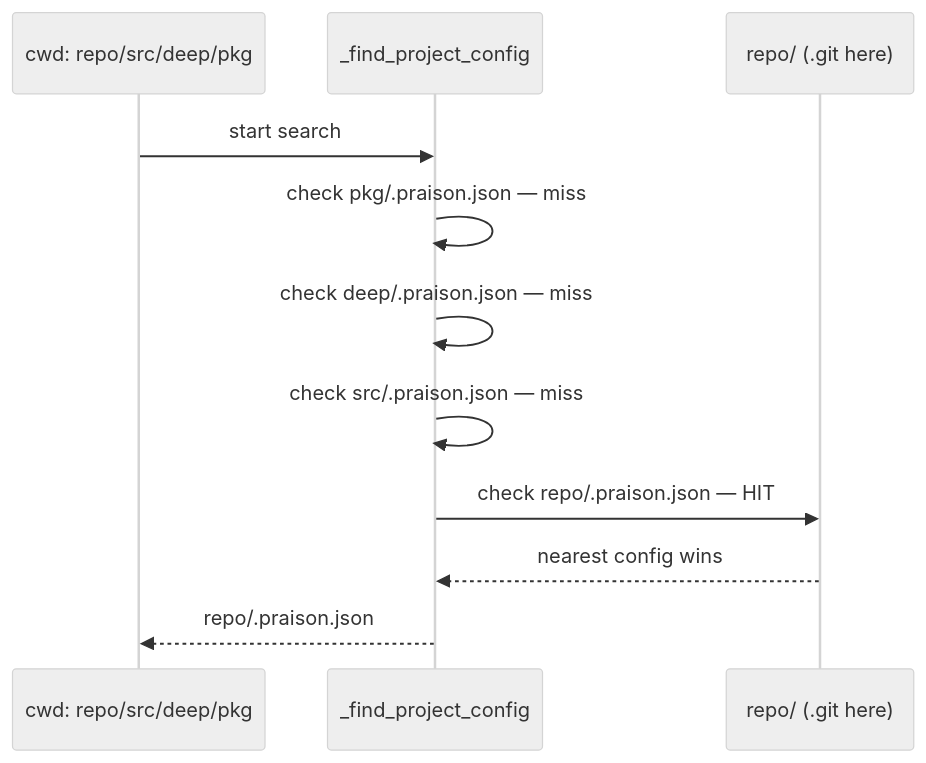
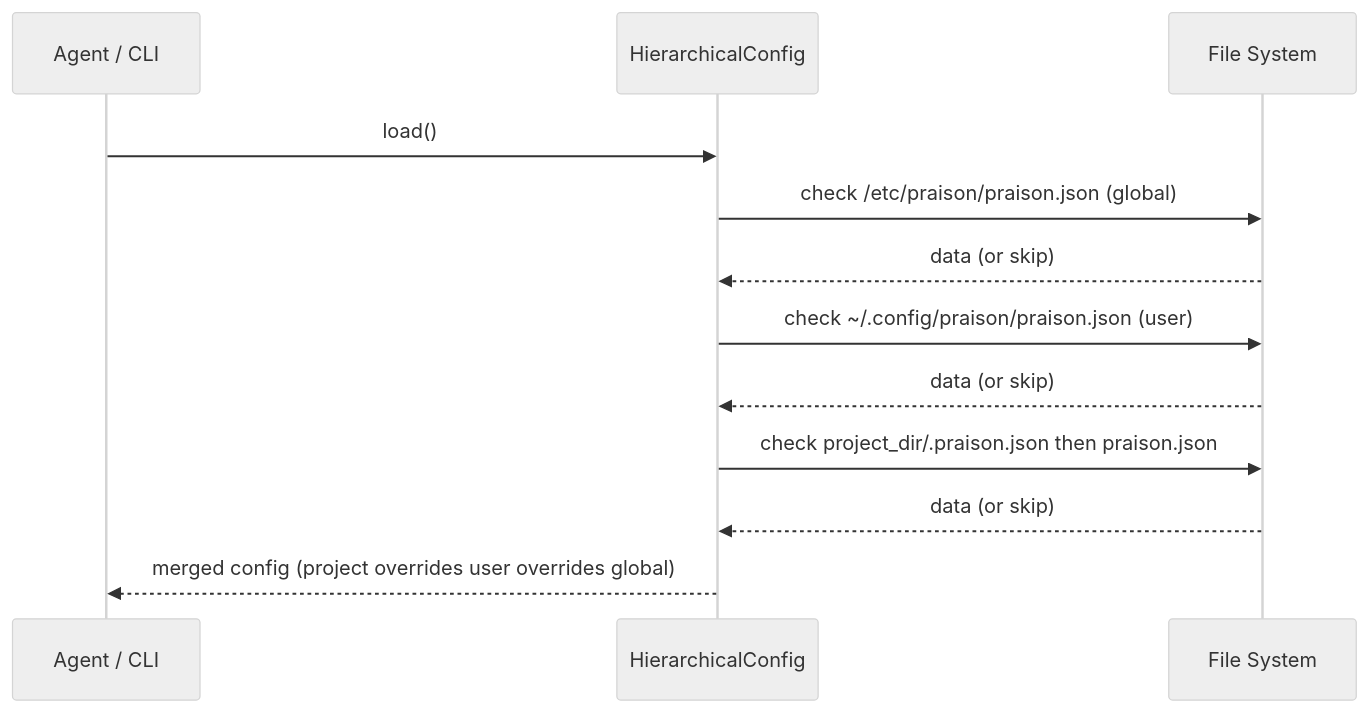
The second of 2 diagrams in docs/features/hierarchical-config.mdx (MervinPraison/PraisonAIDocs), drawn with Mermaid (neutral theme) before and after one commit. The commit also changed other lines of this file and 1 other file, not shown here.

First line of the commit message:
docs: fix hierarchical-config to match actual SDK (no walk_up param)

````diff
--- a/docs/features/hierarchical-config.mdx
+++ b/docs/features/hierarchical-config.mdx
@@ -62,14 +62,15 @@
 ```mermaid
 sequenceDiagram
-    participant CWD as cwd: repo/src/deep/pkg
-    participant Walker as _find_project_config
-    participant Root as repo/ (.git here)
+    participant Agent as Agent / CLI
+    participant HC as HierarchicalConfig
+    participant FS as File System
 
-    CWD->>Walker: start search
-    Walker->>Walker: check pkg/.praison.json — miss
-    Walker->>Walker: check deep/.praison.json — miss
-    Walker->>Walker: check src/.praison.json — miss
-    Walker->>Root: check repo/.praison.json — HIT
-    Root-->>Walker: nearest config wins
-    Walker-->>CWD: repo/.praison.json
+    Agent->>HC: load()
+    HC->>FS: check /etc/praison/praison.json (global)
+    FS-->>HC: data (or skip)
+    HC->>FS: check ~/.config/praison/praison.json (user)
+    FS-->>HC: data (or skip)
+    HC->>FS: check project_dir/.praison.json then praison.json
+    FS-->>HC: data (or skip)
+    HC-->>Agent: merged config (project overrides user overrides global)
 ```
````
